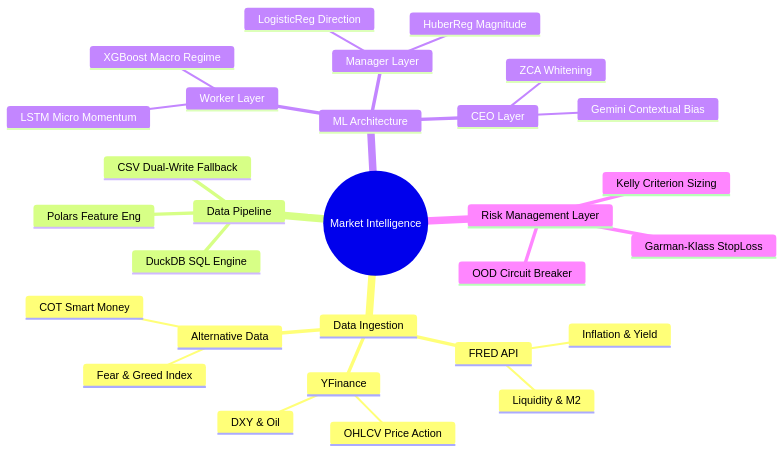
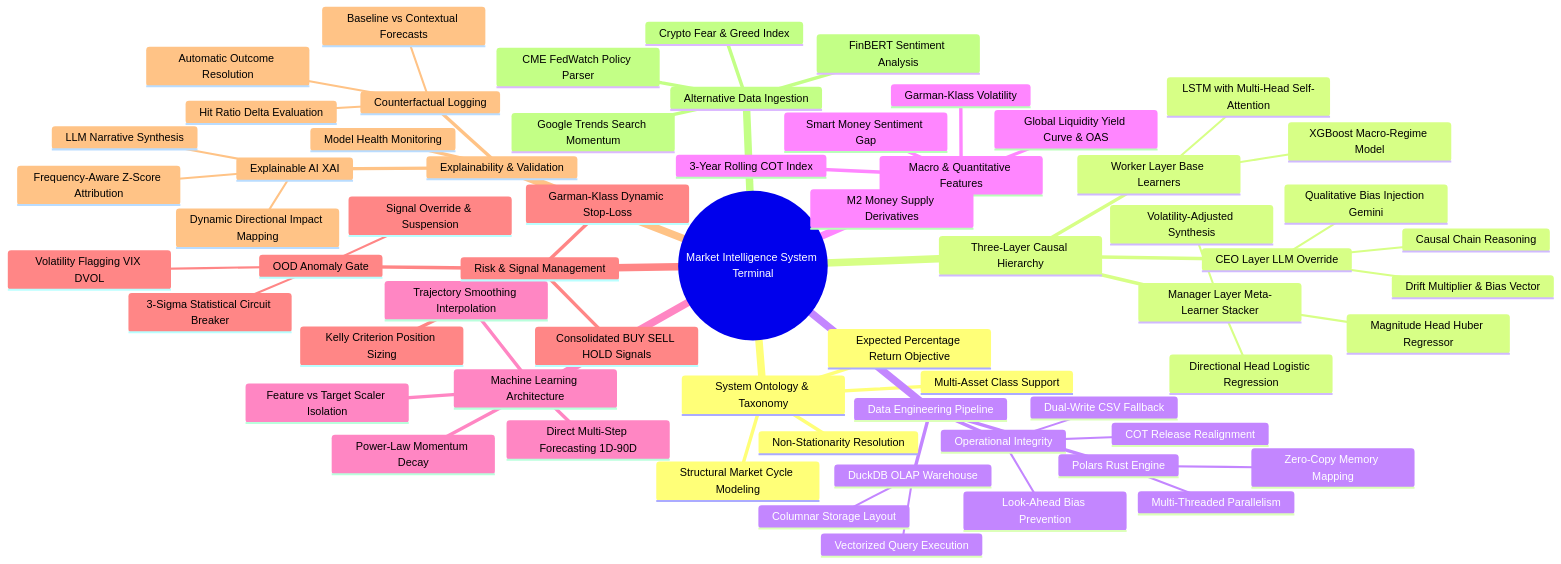
Before and after one commit to ken968/Market-Intelligence: the diagram in README.md, drawn with Mermaid.

Commit message:
Docs: Update Mermaid Mind Map to match NotebookLM architecture

````diff
--- a/README.md
+++ b/README.md
@@ -84,32 +84,66 @@
 ```mermaid
 mindmap
-  root((Market Intelligence))
-    Data Ingestion
-      FRED API
-        Inflation & Yield
-        Liquidity & M2
-      YFinance
-        OHLCV Price Action
-        DXY & Oil
-      Alternative Data
-        Fear & Greed Index
-        COT Smart Money
-    Data Pipeline
-      DuckDB SQL Engine
-      Polars Feature Eng
-      CSV Dual-Write Fallback
-    ML Architecture
-      Worker Layer
-        LSTM Micro Momentum
-        XGBoost Macro Regime
-      Manager Layer
-        LogisticReg Direction
-        HuberReg Magnitude
-      CEO Layer
-        Gemini Contextual Bias
-        ZCA Whitening
-    Risk Management Layer
-      Kelly Criterion Sizing
-      Garman-Klass StopLoss
-      OOD Circuit Breaker
+  root((Market Intelligence System Terminal))
+    System Ontology & Taxonomy
+      Multi-Asset Class Support
+      Expected Percentage Return Objective
+      Structural Market Cycle Modeling
+      Non-Stationarity Resolution
+    Three-Layer Causal Hierarchy
+      Worker Layer Base Learners
+        LSTM with Multi-Head Self-Attention
+        XGBoost Macro-Regime Model
+      Manager Layer Meta-Learner Stacker
+        Directional Head Logistic Regression
+        Magnitude Head Huber Regressor
+        Volatility-Adjusted Synthesis
+      CEO Layer LLM Override
+        Qualitative Bias Injection Gemini
+        Causal Chain Reasoning
+        Drift Multiplier & Bias Vector
+    Data Engineering Pipeline
+      DuckDB OLAP Warehouse
+        Columnar Storage Layout
+        Vectorized Query Execution
+      Polars Rust Engine
+        Zero-Copy Memory Mapping
+        Multi-Threaded Parallelism
+      Operational Integrity
+        Dual-Write CSV Fallback
+        Look-Ahead Bias Prevention
+        COT Release Realignment
+    Macro & Quantitative Features
+      Global Liquidity Yield Curve & OAS
+      M2 Money Supply Derivatives
+      3-Year Rolling COT Index
+      Smart Money Sentiment Gap
+      Garman-Klass Volatility
+    Machine Learning Architecture
+      Direct Multi-Step Forecasting 1D-90D
+      Feature vs Target Scaler Isolation
+      Trajectory Smoothing Interpolation
+      Power-Law Momentum Decay
+    Risk & Signal Management
+      Consolidated BUY SELL HOLD Signals
+      Kelly Criterion Position Sizing
+      Garman-Klass Dynamic Stop-Loss
+      OOD Anomaly Gate
+        3-Sigma Statistical Circuit Breaker
+        Signal Override & Suspension
+        Volatility Flagging VIX DVOL
+    Explainability & Validation
+      Explainable AI XAI
+        Frequency-Aware Z-Score Attribution
+        Dynamic Directional Impact Mapping
+        LLM Narrative Synthesis
+      Counterfactual Logging
+        Baseline vs Contextual Forecasts
+        Automatic Outcome Resolution
+        Hit Ratio Delta Evaluation
+      Model Health Monitoring
+    Alternative Data Ingestion
+      Crypto Fear & Greed Index
+      Google Trends Search Momentum
+      CME FedWatch Policy Parser
+      FinBERT Sentiment Analysis
 ```
````
